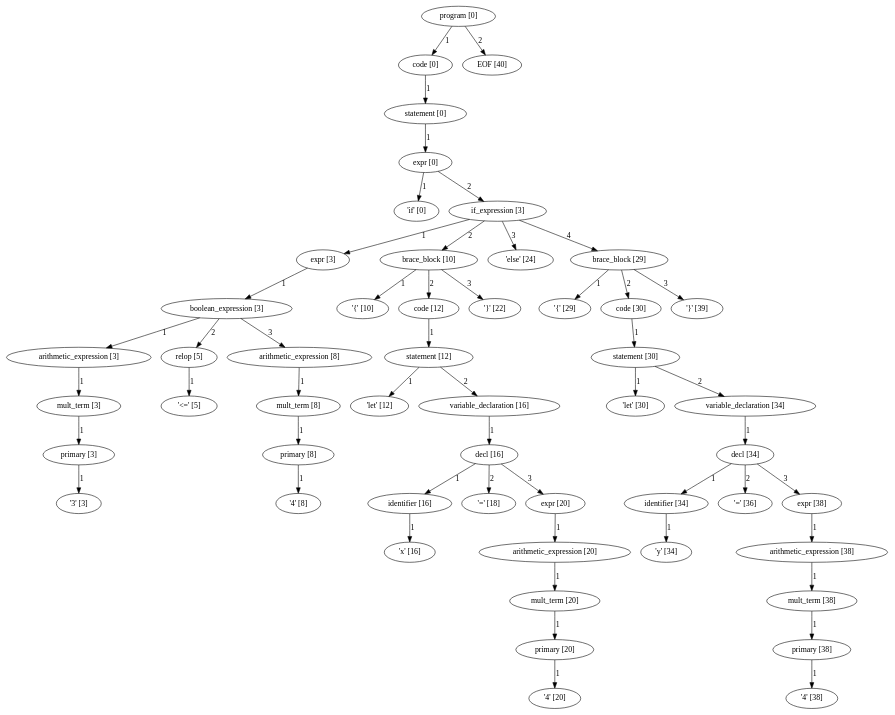
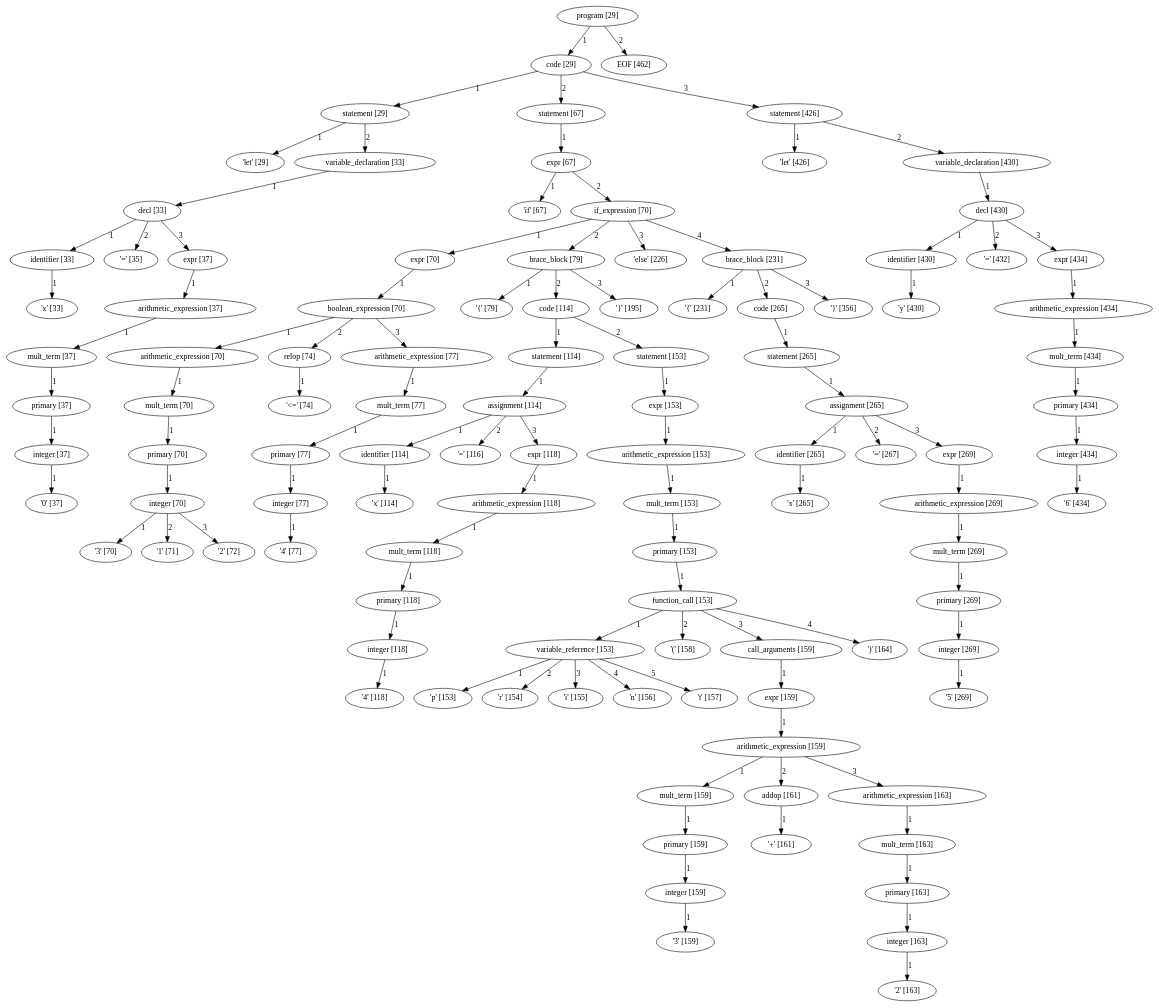
One commit to pragdave/cs3342_smurf changed the diagram in program_parse_tree.dot. Above: the diagram before and after it, drawn with Graphviz. The commit also changed 3 other files, not shown here.

```diff
--- a/program_parse_tree.dot
+++ b/program_parse_tree.dot
@@ -1,156 +1,324 @@
 digraph arpeggio_graph {
-2490439122368 [label="program [0]"];
-2490439122368->2490439121344 [label="1"]
+2444683591744 [label="program [29]"];
+2444683591744->2444683592128 [label="1"]
 
-2490439121344 [label="code [0]"];
-2490439121344->2490439338560 [label="1"]
+2444683592128 [label="code [29]"];
+2444683592128->2444678294976 [label="1"]
 
-2490439338560 [label="statement [0]"];
-2490439338560->2490439338432 [label="1"]
+2444678294976 [label="statement [29]"];
+2444678294976->2444676218432 [label="1"]
 
-2490439338432 [label="expr [0]"];
-2490439338432->2490439111952 [label="1"]
+2444676218432 [label=" 'let' [29]"];
+2444678294976->2444678294848 [label="2"]
 
-2490439111952 [label=" 'if' [0]"];
-2490439338432->2490439338304 [label="2"]
+2444678294848 [label="variable_declaration [33]"];
+2444678294848->2444678294720 [label="1"]
 
-2490439338304 [label="if_expression [3]"];
-2490439338304->2490439119936 [label="1"]
+2444678294720 [label="decl [33]"];
+2444678294720->2444678291648 [label="1"]
 
-2490439119936 [label="expr [3]"];
-2490439119936->2490439119808 [label="1"]
+2444678291648 [label="identifier [33]"];
+2444678291648->2444678283552 [label="1"]
 
-2490439119808 [label="boolean_expression [3]"];
-2490439119808->2490439120576 [label="1"]
+2444678283552 [label=" 'x' [33]"];
+2444678294720->2444678283664 [label="2"]
 
-2490439120576 [label="arithmetic_expression [3]"];
-2490439120576->2490439121216 [label="1"]
+2444678283664 [label=" '=' [35]"];
+2444678294720->2444678294592 [label="3"]
 
-2490439121216 [label="mult_term [3]"];
-2490439121216->2490439121472 [label="1"]
+2444678294592 [label="expr [37]"];
+2444678294592->2444678294464 [label="1"]
 
-2490439121472 [label="primary [3]"];
-2490439121472->2490439112736 [label="1"]
+2444678294464 [label="arithmetic_expression [37]"];
+2444678294464->2444678294336 [label="1"]
 
-2490439112736 [label=" '3' [3]"];
-2490439119808->2490439121600 [label="2"]
+2444678294336 [label="mult_term [37]"];
+2444678294336->2444678294208 [label="1"]
 
-2490439121600 [label="relop [5]"];
-2490439121600->2490439113184 [label="1"]
+2444678294208 [label="primary [37]"];
+2444678294208->2444678294080 [label="1"]
 
-2490439113184 [label=" '<=' [5]"];
-2490439119808->2490439120448 [label="3"]
+2444678294080 [label="integer [37]"];
+2444678294080->2444678284560 [label="1"]
 
-2490439120448 [label="arithmetic_expression [8]"];
-2490439120448->2490439121088 [label="1"]
+2444678284560 [label=" '0' [37]"];
+2444683592128->2444678386368 [label="2"]
 
-2490439121088 [label="mult_term [8]"];
-2490439121088->2490439121728 [label="1"]
+2444678386368 [label="statement [67]"];
+2444678386368->2444678386496 [label="1"]
 
-2490439121728 [label="primary [8]"];
-2490439121728->2490439112064 [label="1"]
+2444678386496 [label="expr [67]"];
+2444678386496->2444678284448 [label="1"]
 
-2490439112064 [label=" '4' [8]"];
-2490439338304->2490439336896 [label="2"]
+2444678284448 [label=" 'if' [67]"];
+2444678386496->2444678386112 [label="2"]
 
-2490439336896 [label="brace_block [10]"];
-2490439336896->2490439111840 [label="1"]
+2444678386112 [label="if_expression [70]"];
+2444678386112->2444678293824 [label="1"]
 
-2490439111840 [label=" '{' [10]"];
-2490439336896->2490439336768 [label="2"]
+2444678293824 [label="expr [70]"];
+2444678293824->2444678293952 [label="1"]
 
-2490439336768 [label="code [12]"];
-2490439336768->2490439336640 [label="1"]
+2444678293952 [label="boolean_expression [70]"];
+2444678293952->2444678293696 [label="1"]
 
-2490439336640 [label="statement [12]"];
-2490439336640->2490439112400 [label="1"]
+2444678293696 [label="arithmetic_expression [70]"];
+2444678293696->2444678292416 [label="1"]
 
-2490439112400 [label=" 'let' [12]"];
-2490439336640->2490439336512 [label="2"]
+2444678292416 [label="mult_term [70]"];
+2444678292416->2444678292544 [label="1"]
 
-2490439336512 [label="variable_declaration [16]"];
-2490439336512->2490439336384 [label="1"]
+2444678292544 [label="primary [70]"];
+2444678292544->2444678291776 [label="1"]
 
-2490439336384 [label="decl [16]"];
-2490439336384->2490439122624 [label="1"]
+2444678291776 [label="integer [70]"];
+2444678291776->2444678285568 [label="1"]
 
-2490439122624 [label="identifier [16]"];
-2490439122624->2490437058112 [label="1"]
+2444678285568 [label=" '3' [70]"];
+2444678291776->2444678285680 [label="2"]
 
-2490437058112 [label=" 'x' [16]"];
-2490439336384->2490439111392 [label="2"]
+2444678285680 [label=" '1' [71]"];
+2444678291776->2444678285792 [label="3"]
 
-2490439111392 [label=" '=' [18]"];
-2490439336384->2490439336256 [label="3"]
+2444678285792 [label=" '2' [72]"];
+2444678293952->2444678293568 [label="2"]
 
-2490439336256 [label="expr [20]"];
-2490439336256->2490439336128 [label="1"]
+2444678293568 [label="relop [74]"];
+2444678293568->2444678285904 [label="1"]
 
-2490439336128 [label="arithmetic_expression [20]"];
-2490439336128->2490439336000 [label="1"]
+2444678285904 [label=" '<=' [74]"];
+2444678293952->2444678293184 [label="3"]
 
-2490439336000 [label="mult_term [20]"];
-2490439336000->2490439122112 [label="1"]
+2444678293184 [label="arithmetic_expression [77]"];
+2444678293184->2444678293312 [label="1"]
 
-2490439122112 [label="primary [20]"];
-2490439122112->2490439113408 [label="1"]
+2444678293312 [label="mult_term [77]"];
+2444678293312->2444678293440 [label="1"]
 
-2490439113408 [label=" '4' [20]"];
-2490439336896->2490439113520 [label="3"]
+2444678293440 [label="primary [77]"];
+2444678293440->2444678292032 [label="1"]
 
-2490439113520 [label=" '}' [22]"];
-2490439338304->2490439113632 [label="3"]
+2444678292032 [label="integer [77]"];
+2444678292032->2444678283776 [label="1"]
 
-2490439113632 [label=" 'else' [24]"];
-2490439338304->2490439338176 [label="4"]
+2444678283776 [label=" '4' [77]"];
+2444678386112->2444684053952 [label="2"]
 
-2490439338176 [label="brace_block [29]"];
-2490439338176->2490437613600 [label="1"]
+2444684053952 [label="brace_block [79]"];
+2444684053952->2444678284000 [label="1"]
 
-2490437613600 [label=" '{' [29]"];
-2490439338176->2490439338048 [label="2"]
+2444678284000 [label=" '{' [79]"];
+2444684053952->2444684053824 [label="2"]
 
-2490439338048 [label="code [30]"];
-2490439338048->2490439337920 [label="1"]
+2444684053824 [label="code [114]"];
+2444684053824->2444678387648 [label="1"]
 
-2490439337920 [label="statement [30]"];
-2490439337920->2490437613040 [label="1"]
+2444678387648 [label="statement [114]"];
+2444678387648->2444678387520 [label="1"]
 
-2490437613040 [label=" 'let' [30]"];
-2490439337920->2490439337792 [label="2"]
+2444678387520 [label="assignment [114]"];
+2444678387520->2444678292800 [label="1"]
 
-2490439337792 [label="variable_declaration [34]"];
-2490439337792->2490439337664 [label="1"]
+2444678292800 [label="identifier [114]"];
+2444678292800->2444678284112 [label="1"]
 
-2490439337664 [label="decl [34]"];
-2490439337664->2490439120704 [label="1"]
+2444678284112 [label=" 'x' [114]"];
+2444678387520->2444678284672 [label="2"]
 
-2490439120704 [label="identifier [34]"];
-2490439120704->2490439113296 [label="1"]
+2444678284672 [label=" '=' [116]"];
+2444678387520->2444678387392 [label="3"]
 
-2490439113296 [label=" 'y' [34]"];
-2490439337664->2490439114080 [label="2"]
+2444678387392 [label="expr [118]"];
+2444678387392->2444678387264 [label="1"]
 
-2490439114080 [label=" '=' [36]"];
-2490439337664->2490439337536 [label="3"]
+2444678387264 [label="arithmetic_expression [118]"];
+2444678387264->2444678387136 [label="1"]
 
-2490439337536 [label="expr [38]"];
-2490439337536->2490439337408 [label="1"]
+2444678387136 [label="mult_term [118]"];
+2444678387136->2444678387008 [label="1"]
 
-2490439337408 [label="arithmetic_expression [38]"];
-2490439337408->2490439337280 [label="1"]
+2444678387008 [label="primary [118]"];
+2444678387008->2444678386880 [label="1"]
 
-2490439337280 [label="mult_term [38]"];
-2490439337280->2490439337152 [label="1"]
+2444678386880 [label="integer [118]"];
+2444678386880->2444678285232 [label="1"]
 
-2490439337152 [label="primary [38]"];
-2490439337152->2490439278768 [label="1"]
+2444678285232 [label=" '4' [118]"];
+2444684053824->2444684053696 [label="2"]
 
-2490439278768 [label=" '4' [38]"];
-2490439338176->2490439278880 [label="3"]
+2444684053696 [label="statement [153]"];
+2444684053696->2444684053568 [label="1"]
 
-2490439278880 [label=" '}' [39]"];
-2490439122368->2490437613488 [label="2"]
+2444684053568 [label="expr [153]"];
+2444684053568->2444684053440 [label="1"]
 
-2490437613488 [label="EOF [40]"];
+2444684053440 [label="arithmetic_expression [153]"];
+2444684053440->2444684053312 [label="1"]
+
+2444684053312 [label="mult_term [153]"];
+2444684053312->2444684053184 [label="1"]
+
+2444684053184 [label="primary [153]"];
+2444684053184->2444684053056 [label="1"]
+
+2444684053056 [label="function_call [153]"];
+2444684053056->2444683593280 [label="1"]
+
+2444683593280 [label="variable_reference [153]"];
+2444683593280->2444683567616 [label="1"]
+
+2444683567616 [label=" 'p' [153]"];
+2444683593280->2444683567728 [label="2"]
+
+2444683567728 [label=" 'r' [154]"];
+2444683593280->2444683567840 [label="3"]
+
+2444683567840 [label=" 'i' [155]"];
+2444683593280->2444683567952 [label="4"]
+
+2444683567952 [label=" 'n' [156]"];
+2444683593280->2444683568064 [label="5"]
+
+2444683568064 [label=" 't' [157]"];
+2444684053056->2444683568176 [label="2"]
+
+2444683568176 [label=" '(' [158]"];
+2444684053056->2444684052928 [label="3"]
+
+2444684052928 [label="call_arguments [159]"];
+2444684052928->2444684052800 [label="1"]
+
+2444684052800 [label="expr [159]"];
+2444684052800->2444684052672 [label="1"]
+
+2444684052672 [label="arithmetic_expression [159]"];
+2444684052672->2444684051008 [label="1"]
+
+2444684051008 [label="mult_term [159]"];
+2444684051008->2444684050880 [label="1"]
+
+2444684050880 [label="primary [159]"];
+2444684050880->2444684050752 [label="1"]
+
+2444684050752 [label="integer [159]"];
+2444684050752->2444683569184 [label="1"]
+
+2444683569184 [label=" '3' [159]"];
+2444684052672->2444684051136 [label="2"]
+
+2444684051136 [label="addop [161]"];
+2444684051136->2444683569296 [label="1"]
+
+2444683569296 [label=" '+' [161]"];
+2444684052672->2444684052544 [label="3"]
+
+2444684052544 [label="arithmetic_expression [163]"];
+2444684052544->2444684052416 [label="1"]
+
+2444684052416 [label="mult_term [163]"];
+2444684052416->2444684052288 [label="1"]
+
+2444684052288 [label="primary [163]"];
+2444684052288->2444684052160 [label="1"]
+
+2444684052160 [label="integer [163]"];
+2444684052160->2444683569744 [label="1"]
+
+2444683569744 [label=" '2' [163]"];
+2444684053056->2444683569856 [label="4"]
+
+2444683569856 [label=" ')' [164]"];
+2444684053952->2444683569968 [label="3"]
+
+2444683569968 [label=" '}' [195]"];
+2444678386112->2444683570080 [label="3"]
+
+2444683570080 [label=" 'else' [226]"];
+2444678386112->2444678386240 [label="4"]
+
+2444678386240 [label="brace_block [231]"];
+2444678386240->2444683570192 [label="1"]
+
+2444683570192 [label=" '{' [231]"];
+2444678386240->2444678385728 [label="2"]
+
+2444678385728 [label="code [265]"];
+2444678385728->2444678385856 [label="1"]
+
+2444678385856 [label="statement [265]"];
+2444678385856->2444678386752 [label="1"]
+
+2444678386752 [label="assignment [265]"];
+2444678386752->2444674985792 [label="1"]
+
+2444674985792 [label="identifier [265]"];
+2444674985792->2444676773808 [label="1"]
+
+2444676773808 [label=" 'x' [265]"];
+2444678386752->2444676773472 [label="2"]
+
+2444676773472 [label=" '=' [267]"];
+2444678386752->2444678385984 [label="3"]
+
+2444678385984 [label="expr [269]"];
+2444678385984->2444678388672 [label="1"]
+
+2444678388672 [label="arithmetic_expression [269]"];
+2444678388672->2444678389056 [label="1"]
+
+2444678389056 [label="mult_term [269]"];
+2444678389056->2444678389184 [label="1"]
+
+2444678389184 [label="primary [269]"];
+2444678389184->2444678389312 [label="1"]
+
+2444678389312 [label="integer [269]"];
+2444678389312->2444678286800 [label="1"]
+
+2444678286800 [label=" '5' [269]"];
+2444678386240->2444678286464 [label="3"]
+
+2444678286464 [label=" '}' [356]"];
+2444683592128->2444683592256 [label="3"]
+
+2444683592256 [label="statement [426]"];
+2444683592256->2444678286912 [label="1"]
+
+2444678286912 [label=" 'let' [426]"];
+2444683592256->2444683592384 [label="2"]
+
+2444683592384 [label="variable_declaration [430]"];
+2444683592384->2444683592512 [label="1"]
+
+2444683592512 [label="decl [430]"];
+2444683592512->2444678292672 [label="1"]
+
+2444678292672 [label="identifier [430]"];
+2444678292672->2444676773920 [label="1"]
+
+2444676773920 [label=" 'y' [430]"];
+2444683592512->2444678286128 [label="2"]
+
+2444678286128 [label=" '=' [432]"];
+2444683592512->2444683592640 [label="3"]
+
+2444683592640 [label="expr [434]"];
+2444683592640->2444683592768 [label="1"]
+
+2444683592768 [label="arithmetic_expression [434]"];
+2444683592768->2444683592896 [label="1"]
+
+2444683592896 [label="mult_term [434]"];
+2444683592896->2444683593024 [label="1"]
+
+2444683593024 [label="primary [434]"];
+2444683593024->2444683593152 [label="1"]
+
+2444683593152 [label="integer [434]"];
+2444683593152->2444678287248 [label="1"]
+
+2444678287248 [label=" '6' [434]"];
+2444683591744->2444683567392 [label="2"]
+
+2444683567392 [label="EOF [462]"];
 }
```
